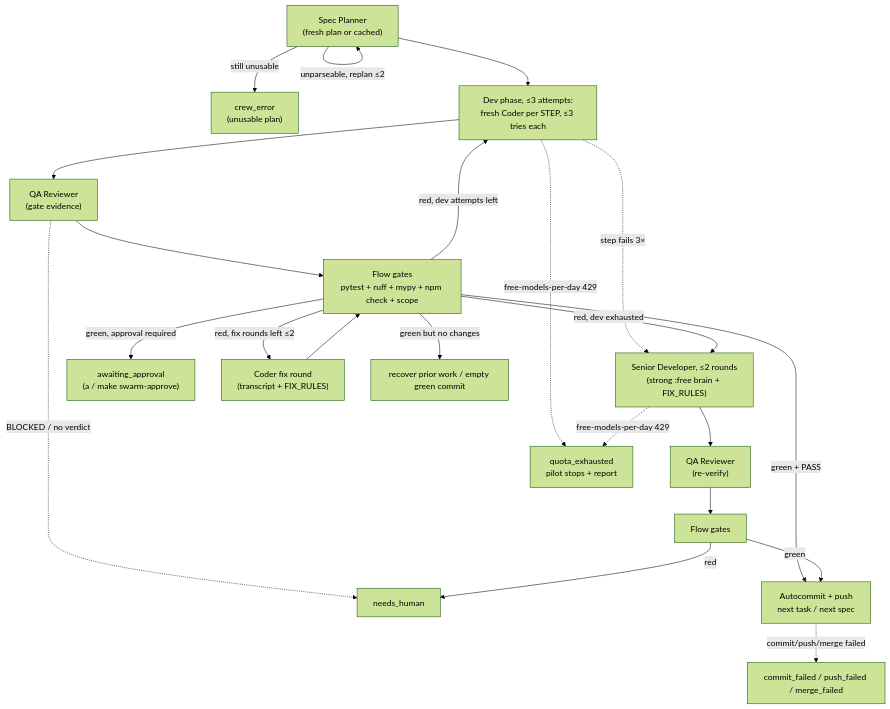
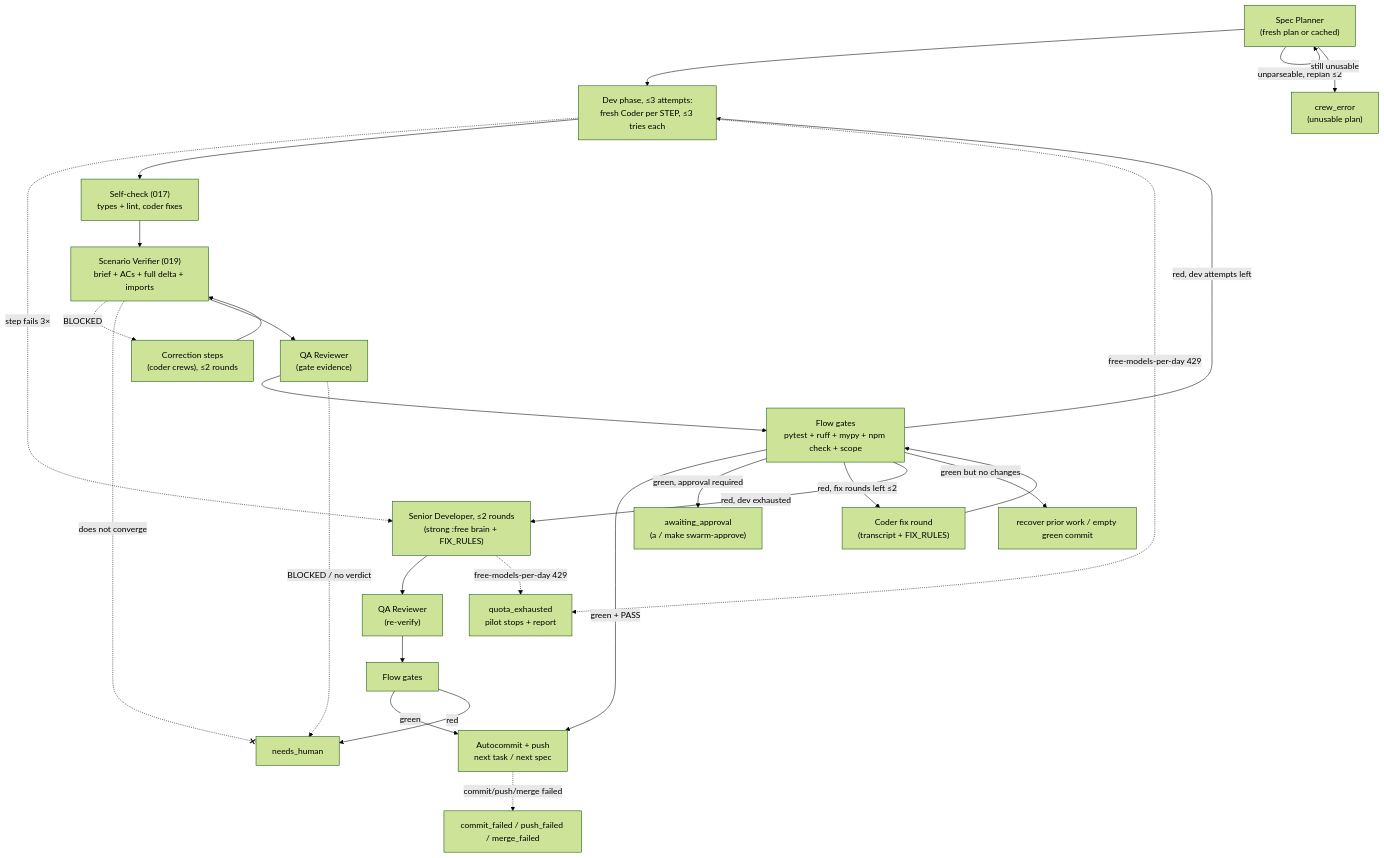
One commit to handleman/comfort-walking-router changed the diagram in swarm/README.md. Above: the diagram before and after it, drawn with Mermaid (forest theme). The commit also changed other lines of this file and 14 other files, not shown here.

First line of the commit message:
019: the scenario verifier runs in the loop

````diff
--- a/swarm/README.md
+++ b/swarm/README.md
@@ -618,24 +663,29 @@
 ```mermaid
 flowchart TB
     P["Spec Planner<br/>(fresh plan or cached)"] --> STEPS["Dev phase, ≤3 attempts:<br/>fresh Coder per STEP, ≤3 tries each"]
     STEPS -.->|step fails 3×| SENIOR
-    STEPS --> REV["QA Reviewer<br/>(gate evidence)"]
+    STEPS --> SELF["Self-check (017)<br/>types + lint, coder fixes"]
+    SELF --> VERIFY["Scenario Verifier (019)<br/>brief + ACs + full delta + imports"]
+    VERIFY -.->|BLOCKED| CORR["Correction steps<br/>(coder crews), ≤2 rounds"]
+    CORR --> VERIFY
+    VERIFY -.-x|does not converge| HUMAN
+    VERIFY --> REV["QA Reviewer<br/>(gate evidence)"]
     REV --> GATES["Flow gates<br/>pytest + ruff + mypy + npm check + scope"]
     REV -.->|BLOCKED / no verdict| HUMAN
     GATES -->|green + PASS| COMMIT["Autocommit + push<br/>next task / next spec"]
     COMMIT -.->|commit/push/merge failed| CF["commit_failed / push_failed / merge_failed"]
     GATES -->|green, approval required| APPROVE["awaiting_approval<br/>(a / make swarm-approve)"]
     GATES -->|red, fix rounds left ≤2| FIX["Coder fix round<br/>(transcript + FIX_RULES)"]
     FIX --> GATES
     GATES -->|red, dev attempts left| STEPS
     GATES -->|red, dev exhausted| SENIOR["Senior Developer, ≤2 rounds<br/>(strong :free brain + FIX_RULES)"]
     SENIOR --> REV2["QA Reviewer<br/>(re-verify)"]
     REV2 --> GATES2["Flow gates"]
     GATES2 -->|green| COMMIT
     GATES2 -->|red| HUMAN["needs_human"]
     GATES -->|green but no changes| VACANT["recover prior work / empty green commit"]
     P -->|unparseable, replan ≤2| P
     P -->|still unusable| PLANFAIL["crew_error<br/>(unusable plan)"]
     STEPS -.->|free-models-per-day 429| Q["quota_exhausted<br/>pilot stops + report"]
     SENIOR -.->|free-models-per-day 429| Q
 ```
````
